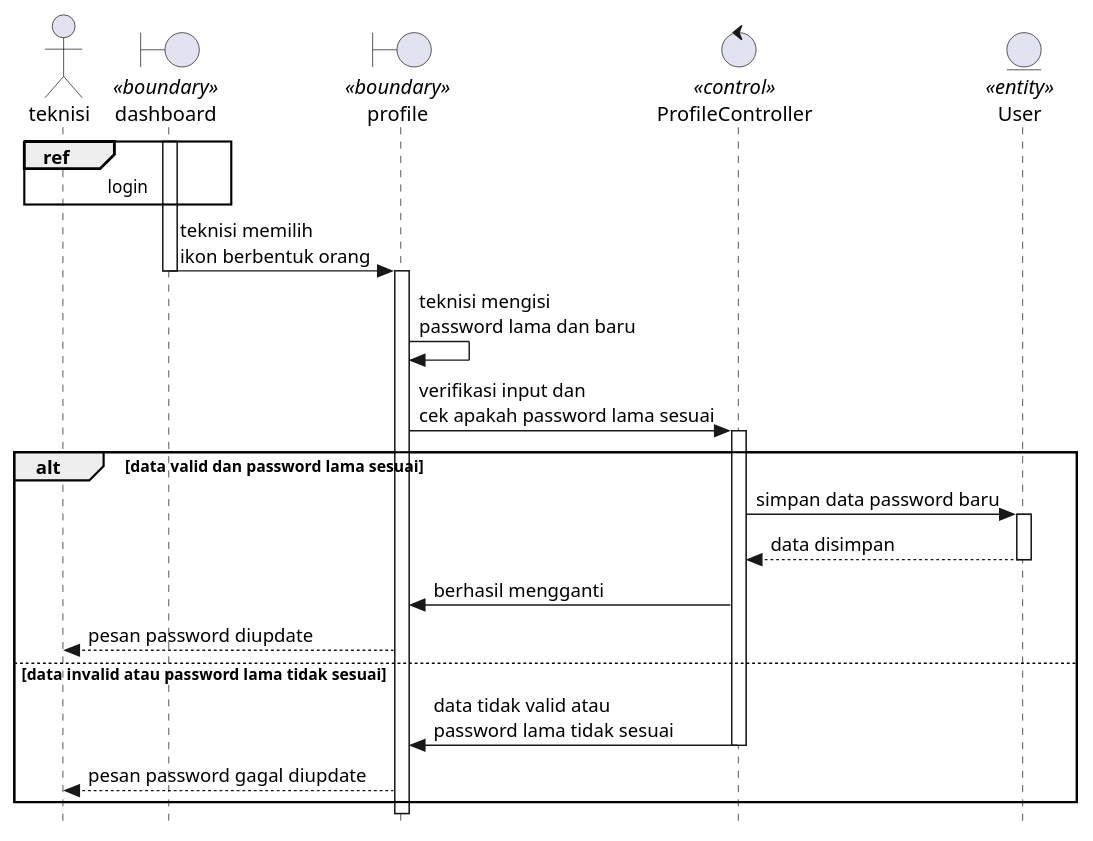
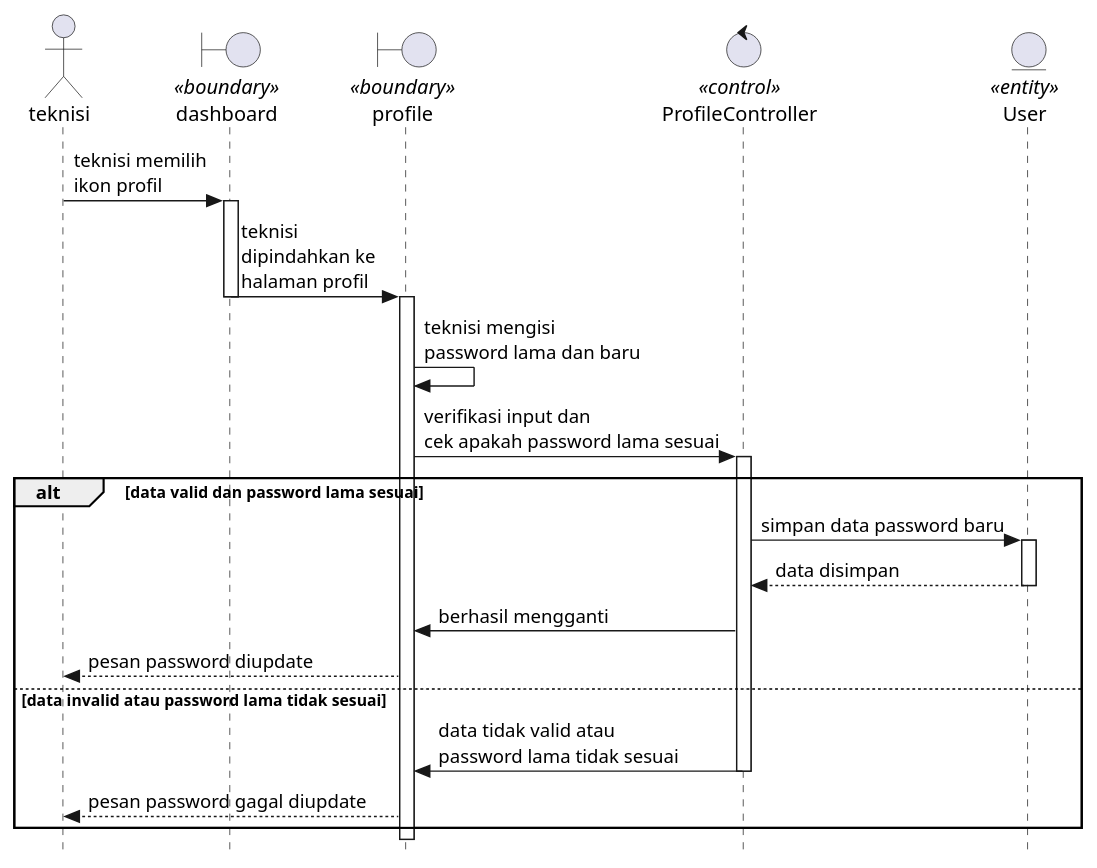
Before and after one commit to KPL-slur/eec-sifse-fixed: the second of 2 diagrams in Docs/diagrams/sequence/profile.plantuml, drawn with PlantUML. The commit also changed other lines of this file and 19 other files, not shown here.

```diff
--- a/Docs/diagrams/sequence/profile.plantuml
+++ b/Docs/diagrams/sequence/profile.plantuml
@@ -46,36 +45,35 @@
 @startuml editPassword
 
 skinparam style strictuml
 
 actor teknisi
 boundary dashboard <<boundary>>
 boundary profile <<boundary>>
 control ProfileController <<control>>
 entity User <<entity>>
 
-ref over teknisi, dashboard : login
-
-activate dashboard
-dashboard -> profile : teknisi memilih\nikon berbentuk orang
+teknisi -> dashboard : teknisi memilih\nikon profil
+    activate dashboard
+dashboard -> profile : teknisi\ndipindahkan ke\nhalaman profil
     deactivate dashboard
     activate profile
 profile -> profile : teknisi mengisi\npassword lama dan baru
 profile -> ProfileController : verifikasi input dan\ncek apakah password lama sesuai
     activate ProfileController
 
 alt data valid dan password lama sesuai
     ProfileController -> User : simpan data password baru
         activate User
     return data disimpan
 
     ProfileController -> profile : berhasil mengganti
     profile --> teknisi : pesan password diupdate
 
 else data invalid atau password lama tidak sesuai
     ProfileController -> profile : data tidak valid atau\npassword lama tidak sesuai
         deactivate ProfileController
     profile --> teknisi : pesan password gagal diupdate
 
 end
 
 @enduml
```
